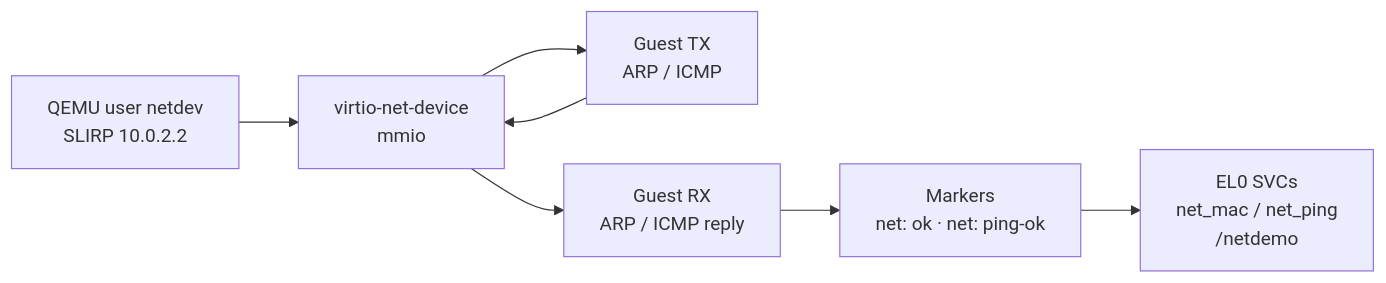
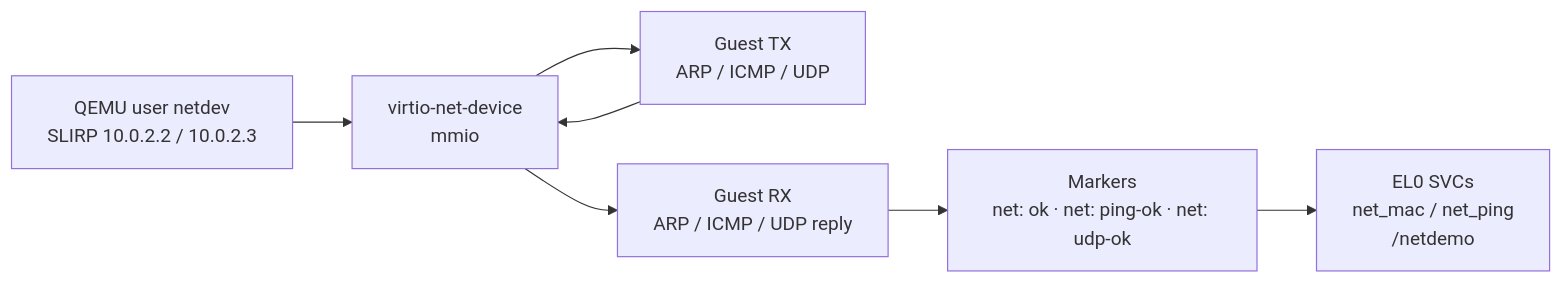
One commit to artofdream/ctos changed the sixth of 6 diagrams in docs/02-architecture/technical-architecture.md. Above: the diagram before and after it, drawn with Mermaid. The commit also changed other lines of this file and 12 other files, not shown here.

````diff
--- a/docs/02-architecture/technical-architecture.md
+++ b/docs/02-architecture/technical-architecture.md
@@ -105,9 +105,9 @@
 ```mermaid
 flowchart LR
-  QN["QEMU user netdev<br/>SLIRP 10.0.2.2"] --> VN["virtio-net-device<br/>mmio"]
-  VN --> GTX["Guest TX<br/>ARP / ICMP"]
-  VN --> GRX["Guest RX<br/>ARP / ICMP reply"]
+  QN["QEMU user netdev<br/>SLIRP 10.0.2.2 / 10.0.2.3"] --> VN["virtio-net-device<br/>mmio"]
+  VN --> GTX["Guest TX<br/>ARP / ICMP / UDP"]
+  VN --> GRX["Guest RX<br/>ARP / ICMP / UDP reply"]
   GTX --> VN
-  GRX --> OK["Markers<br/>net: ok · net: ping-ok"]
+  GRX --> OK["Markers<br/>net: ok · net: ping-ok · net: udp-ok"]
   OK --> EL0["EL0 SVCs<br/>net_mac / net_ping<br/>/netdemo"]
 ```
````
